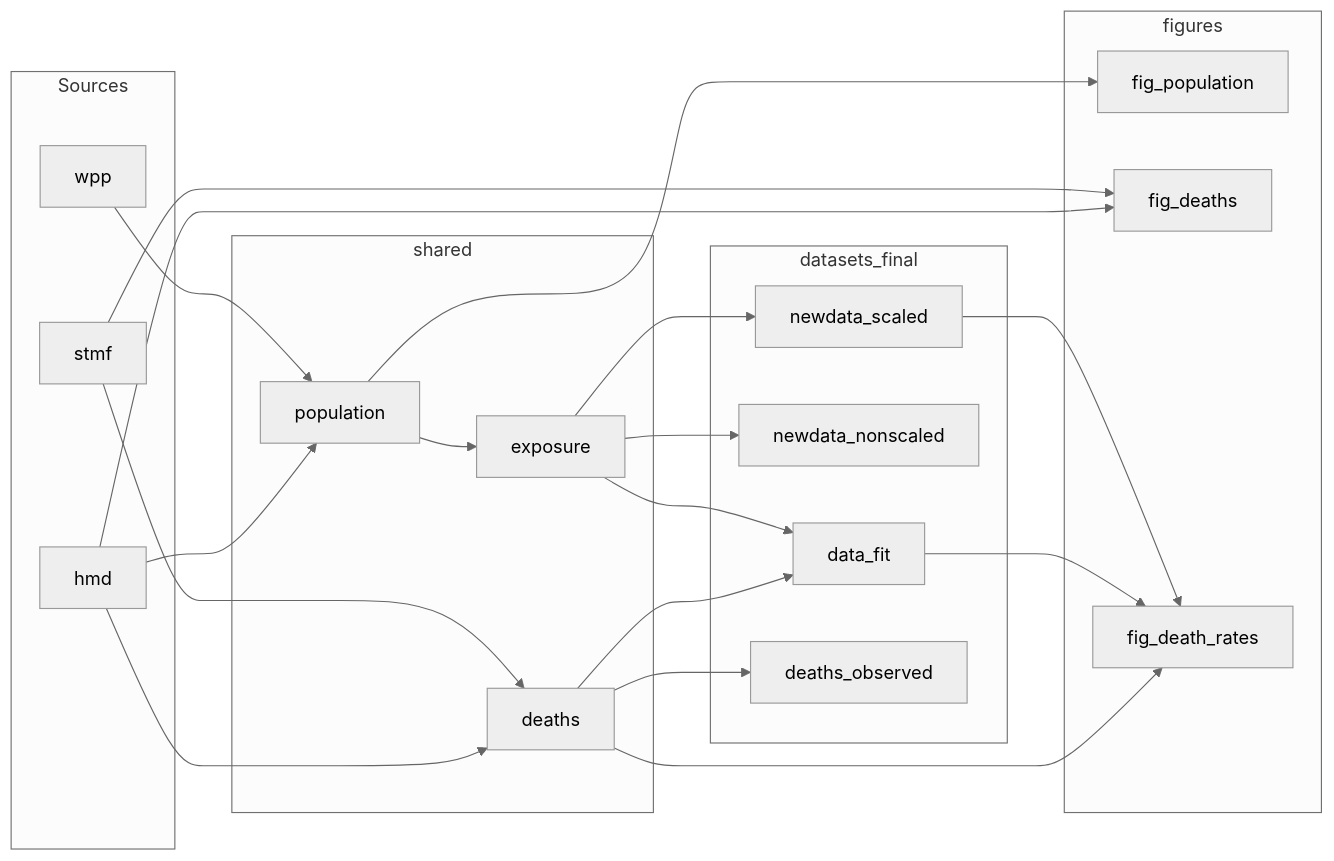
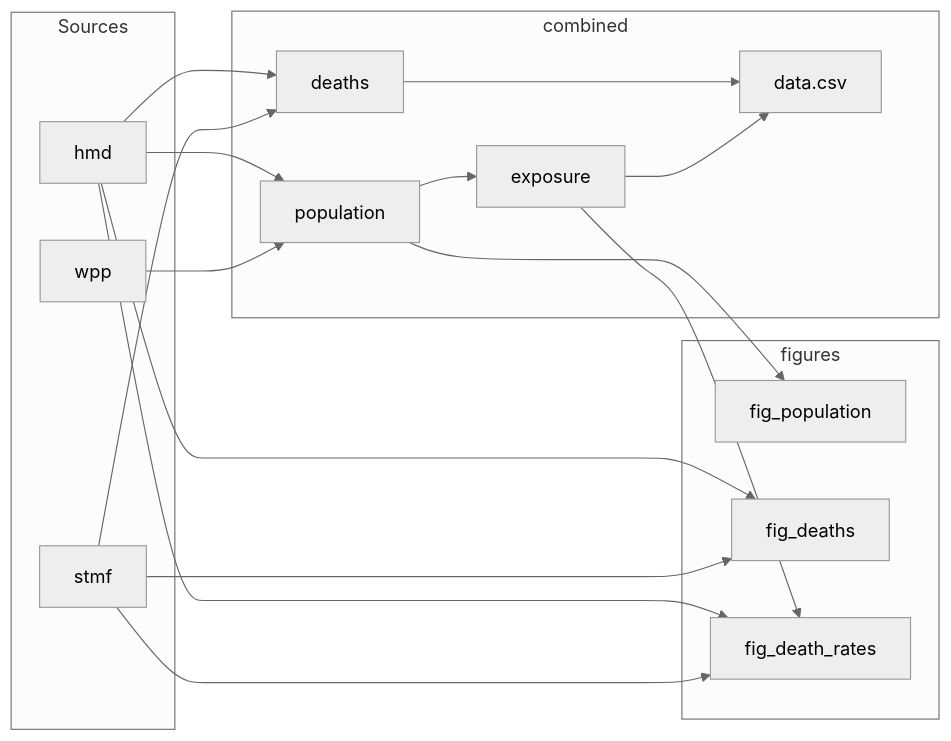
The diagram in README.md (bayesiandemography/multi-covid-data), drawn with Mermaid (neutral theme) before and after one commit. The commit also changed other lines of this file and 11 other files, not shown here.

First line of the commit message:
Export one scaled data.csv.zip and drop the shared and final layers.

````diff
--- a/README.md
+++ b/README.md
@@ -74,40 +74,32 @@
 ```mermaid
 flowchart LR
   subgraph sources [Sources]
     HMD[hmd]
     STMF[stmf]
     WPP[wpp]
   end
-  subgraph shared [shared]
+  subgraph combined [combined]
     Pop[population]
     Deaths[deaths]
     Exp[exposure]
-  end
-  subgraph finals [datasets_final]
-    Fit[data_fit]
-    NewNS[newdata_nonscaled]
-    NewS[newdata_scaled]
-    Obs[deaths_observed]
+    Data[data.csv]
   end
   subgraph figs [figures]
     FP[fig_population]
     FD[fig_deaths]
     FR[fig_death_rates]
   end
   HMD --> Pop
   WPP --> Pop
   HMD --> Deaths
   STMF --> Deaths
   Pop --> Exp
-  Deaths --> Fit
-  Exp --> Fit
-  Exp --> NewNS
-  Exp --> NewS
-  Deaths --> Obs
+  Deaths --> Data
+  Exp --> Data
   Pop --> FP
   HMD --> FD
   STMF --> FD
-  Deaths --> FR
-  Fit --> FR
-  NewS --> FR
+  HMD --> FR
+  STMF --> FR
+  Exp --> FR
 ```
````
